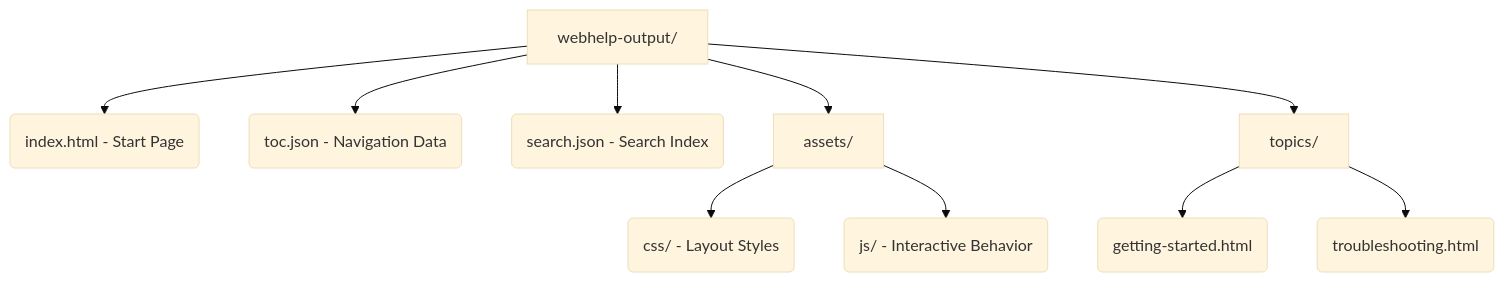
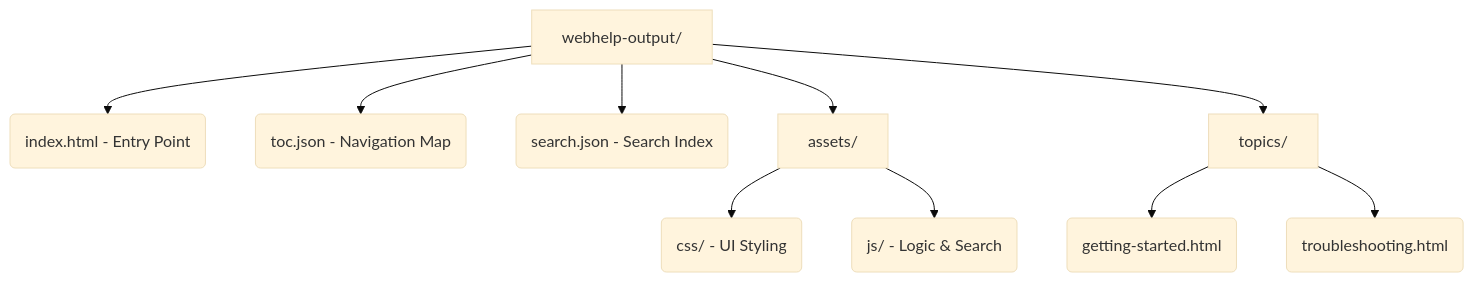
One commit to vaishvanara/techwritingkb changed the diagram in docs/industry-terms/webhelp.md. Above: the diagram before and after it, drawn with Mermaid (base theme). The commit also changed other lines of this file and 51 other files, not shown here.

````diff
--- a/docs/industry-terms/webhelp.md
+++ b/docs/industry-terms/webhelp.md
@@ -36,12 +39,12 @@
     ```mermaid
     graph TD
-        A[webhelp-output/] --> B(index.html - Start Page)
-        A --> C(toc.json - Navigation Data)
+        A[webhelp-output/] --> B(index.html - Entry Point)
+        A --> C(toc.json - Navigation Map)
         A --> D(search.json - Search Index)
         A --> E[assets/]
-        E --> E1(css/ - Layout Styles)
-        E --> E2(js/ - Interactive Behavior)
+        E --> E1(css/ - UI Styling)
+        E --> E2(js/ - Logic & Search)
         A --> F[topics/]
         F --> F1(getting-started.html)
         F --> F2(troubleshooting.html)
     ```
````
